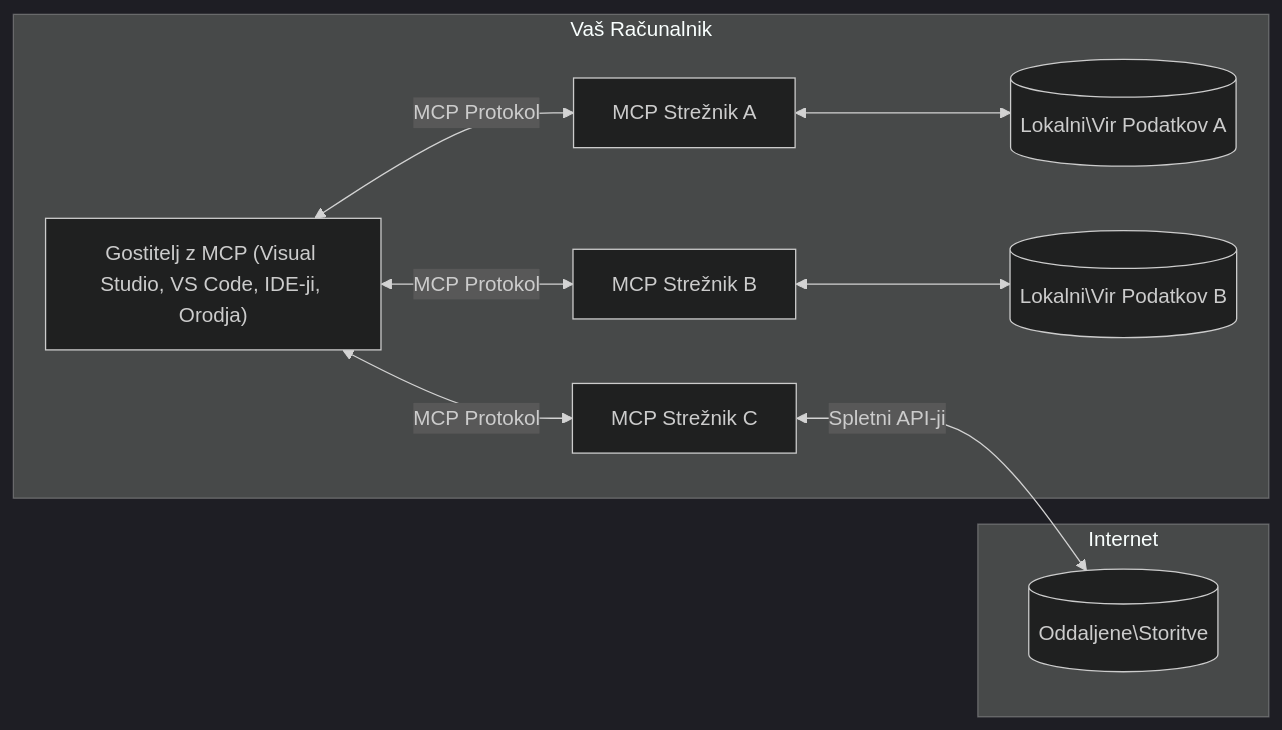
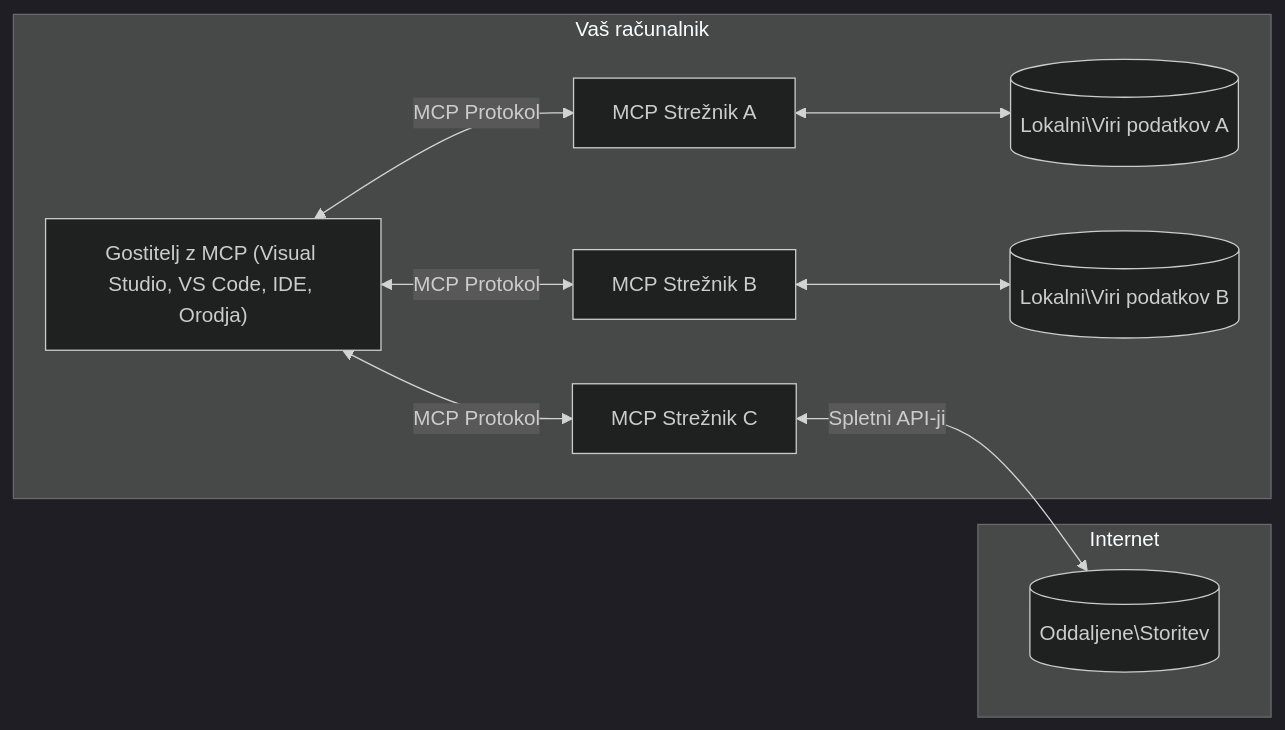
Before and after one commit to Mu-L/mcp-for-beginners: the diagram in translations/sl/01-CoreConcepts/README.md, drawn with Mermaid (dark theme). The commit also changed other lines of this file and 5 other files, not shown here.

````diff
--- a/translations/sl/01-CoreConcepts/README.md
+++ b/translations/sl/01-CoreConcepts/README.md
@@ -45,17 +45,17 @@
 ```mermaid
 flowchart LR
-    subgraph "Vaš Računalnik"
-        Host["Gostitelj z MCP (Visual Studio, VS Code, IDE-ji, Orodja)"]
+    subgraph "Vaš računalnik"
+        Host["Gostitelj z MCP (Visual Studio, VS Code, IDE, Orodja)"]
         S1["MCP Strežnik A"]
         S2["MCP Strežnik B"]
         S3["MCP Strežnik C"]
         Host <-->|"MCP Protokol"| S1
         Host <-->|"MCP Protokol"| S2
         Host <-->|"MCP Protokol"| S3
-        S1 <--> D1[("Lokalni\Vir Podatkov A")]
-        S2 <--> D2[("Lokalni\Vir Podatkov B")]
+        S1 <--> D1[("Lokalni\Viri podatkov A")]
+        S2 <--> D2[("Lokalni\Viri podatkov B")]
     end
     subgraph "Internet"
-        S3 <-->|"Spletni API-ji"| D3[("Oddaljene\Storitve")]
+        S3 <-->|"Spletni API-ji"| D3[("Oddaljene\Storitev")]
     end
 ```
````
